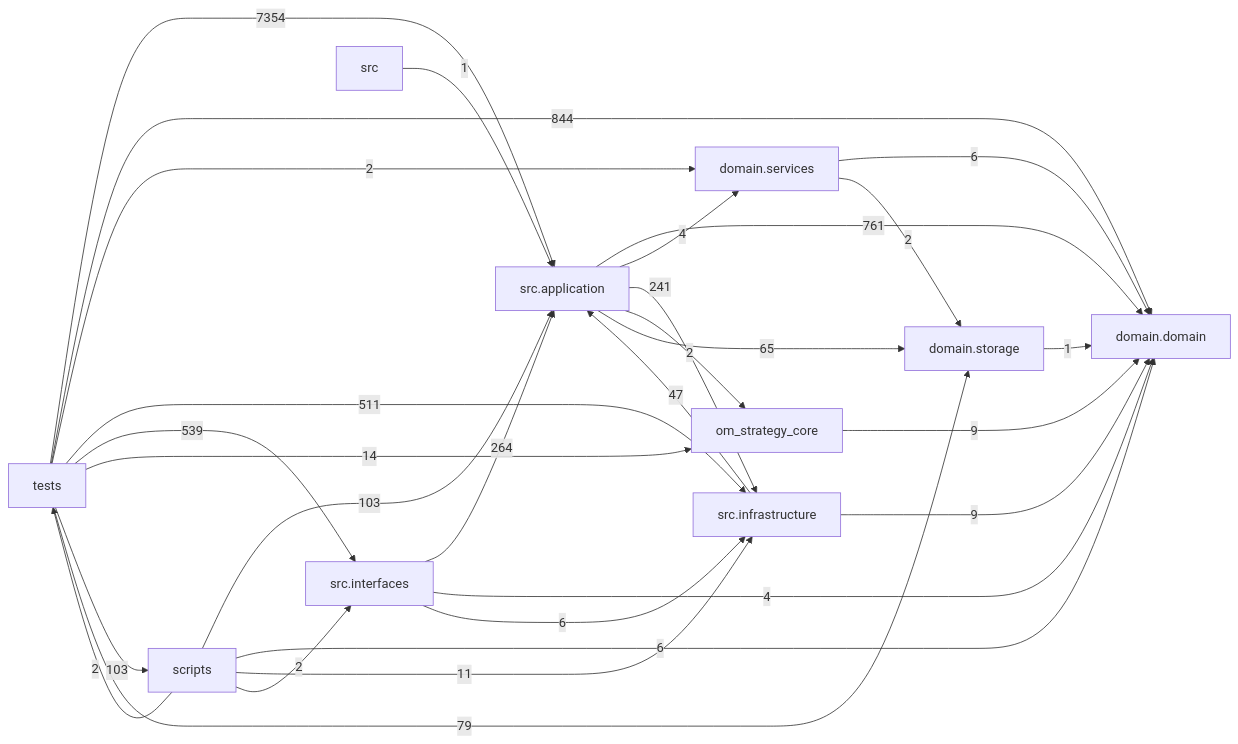
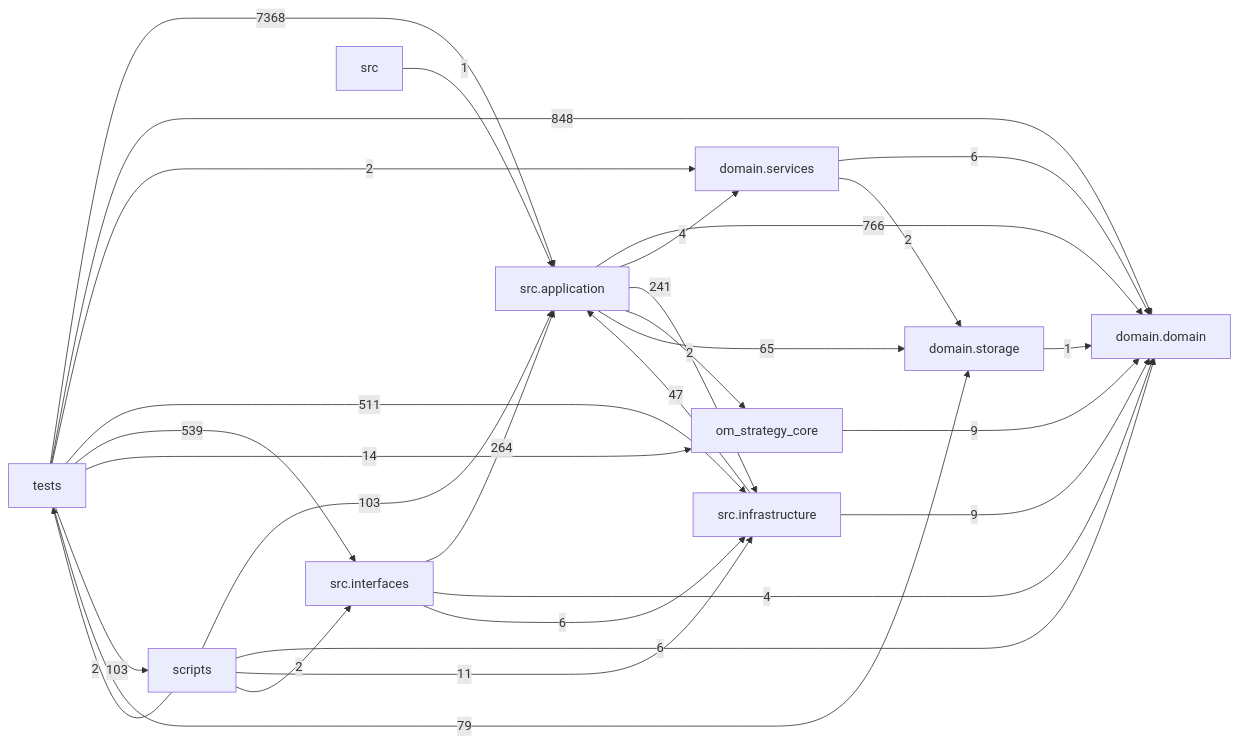
Before and after one commit to liuxie066/options-monitor: the diagram in docs/DEPENDENCY_GRAPH.md, drawn with Mermaid. The commit also changed other lines of this file and 20 other files, not shown here.

````diff
--- a/docs/DEPENDENCY_GRAPH.md
+++ b/docs/DEPENDENCY_GRAPH.md
@@ -24,39 +24,39 @@
 ```mermaid
 flowchart LR
   tests["tests"]
   scripts["scripts"]
   interfaces["src.interfaces"]
   application["src.application"]
   infrastructure["src.infrastructure"]
   domain_services["domain.services"]
   domain["domain.domain"]
   storage["domain.storage"]
-  application -->|761| domain
+  application -->|766| domain
   application -->|4| domain_services
   application -->|241| infrastructure
   application -->|2| om_strategy_core
   application -->|65| storage
   domain_services -->|6| domain
   domain_services -->|2| storage
   infrastructure -->|47| application
   infrastructure -->|9| domain
   interfaces -->|264| application
   interfaces -->|4| domain
   interfaces -->|6| infrastructure
   om_strategy_core -->|9| domain
   scripts -->|103| application
   scripts -->|6| domain
   scripts -->|11| infrastructure
   scripts -->|2| interfaces
   scripts -->|2| tests
   src -->|1| application
   storage -->|1| domain
-  tests -->|7354| application
-  tests -->|844| domain
+  tests -->|7368| application
+  tests -->|848| domain
   tests -->|2| domain_services
   tests -->|511| infrastructure
   tests -->|539| interfaces
   tests -->|14| om_strategy_core
   tests -->|103| scripts
   tests -->|79| storage
 ```
````
